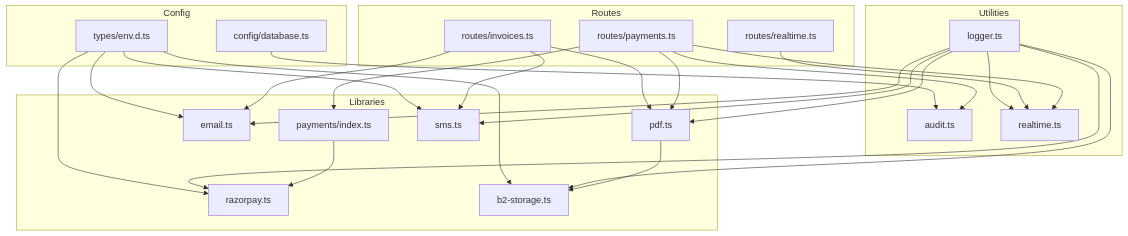
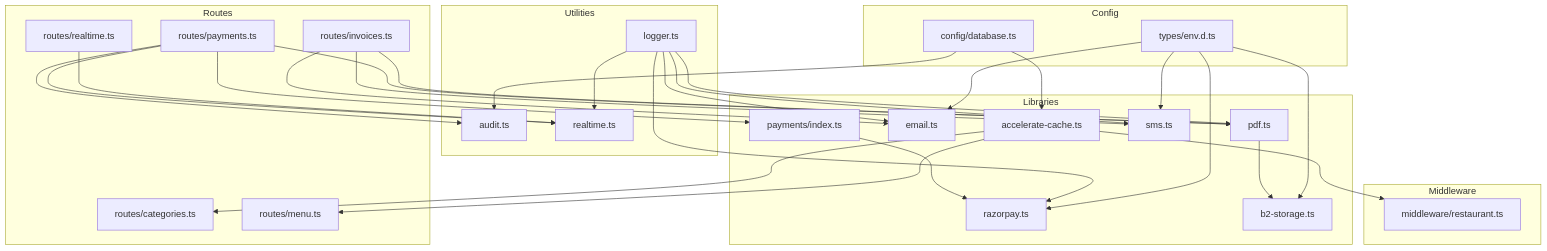
The first of 11 diagrams in .qoder/repowiki/en/content/Backend System/Utility Libraries/Utility Libraries.md (Dequeue-Tech/DeQ-Bite), drawn with Mermaid before and after one commit. The commit also changed other lines of this file and 25 other files, not shown here.

````diff
--- a/.qoder/repowiki/en/content/Backend System/Utility Libraries/Utility Libraries.md
+++ b/.qoder/repowiki/en/content/Backend System/Utility Libraries/Utility Libraries.md
@@ -49,46 +62,55 @@
 ```mermaid
 graph TB
 subgraph "Libraries"
 P["payments/index.ts"]
 RZ["razorpay.ts"]
 EM["email.ts"]
 PDF["pdf.ts"]
 SMS["sms.ts"]
 B2["b2-storage.ts"]
+ACC["accelerate-cache.ts"]
 end
 subgraph "Utilities"
 AUD["audit.ts"]
 RT["realtime.ts"]
 LG["logger.ts"]
 end
 subgraph "Routes"
 RP["routes/payments.ts"]
 RI["routes/invoices.ts"]
 RSSE["routes/realtime.ts"]
+CAT["routes/categories.ts"]
+MENU["routes/menu.ts"]
+end
+subgraph "Middleware"
+RM["middleware/restaurant.ts"]
 end
 subgraph "Config"
 DB["config/database.ts"]
 ENV["types/env.d.ts"]
 end
 P --> RZ
 PDF --> B2
 RP --> P
 RP --> PDF
 RP --> AUD
 RP --> RT
 RI --> PDF
 RI --> EM
 RI --> SMS
 RSSE --> RT
 LG --> RZ
 LG --> EM
 LG --> PDF
 LG --> SMS
-LG --> B2
 LG --> RT
 DB --> AUD
+DB --> ACC
+ACC --> CAT
+ACC --> MENU
+ACC --> RM
 ENV --> RZ
 ENV --> EM
 ENV --> SMS
 ENV --> B2
 ```
````
